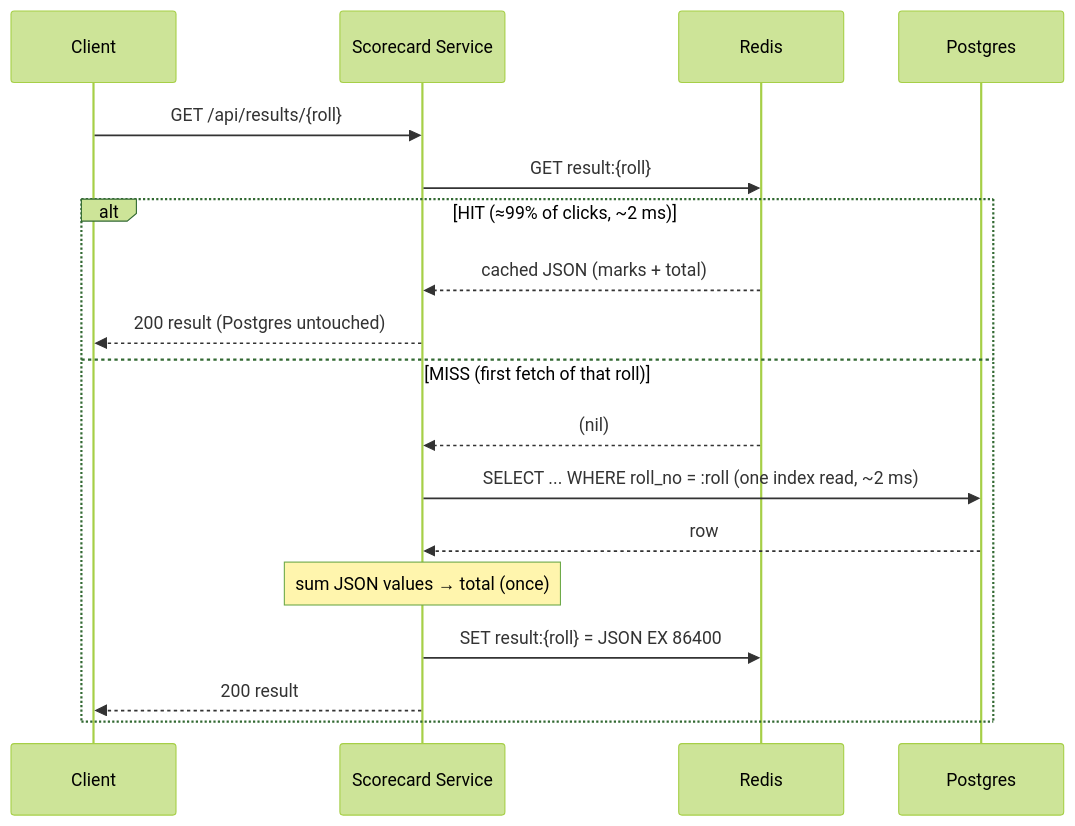
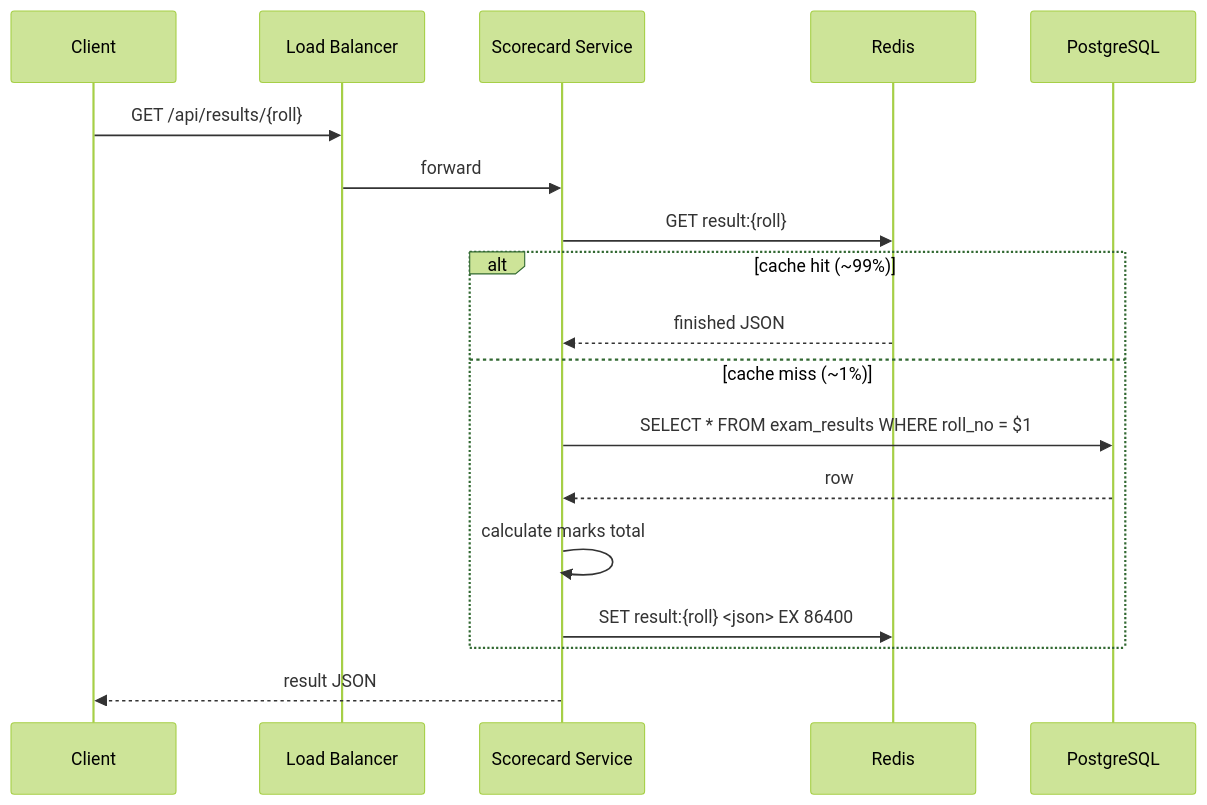
Before and after one commit to psquared-dev/java-questions: the second of 4 diagrams in system-design/new/02. exam result.md, drawn with Mermaid (forest theme). The commit also changed other lines of this file, not shown here.

````diff
--- a/system-design/new/02. exam result.md
+++ b/system-design/new/02. exam result.md
@@ -122,21 +219,20 @@
 ```mermaid
 sequenceDiagram
     participant C as Client
-    participant A as Scorecard Service
+    participant LB as Load Balancer
+    participant SC as Scorecard Service
     participant R as Redis
-    participant P as Postgres
-    C ->> A: GET /api/results/{roll}
-    A ->> R: GET result:{roll}
-    alt HIT (≈99% of clicks, ~2 ms)
-        R -->> A: cached JSON (marks + total)
-        A -->> C: 200 result (Postgres untouched)
-    else MISS (first fetch of that roll)
-        R -->> A: (nil)
-        A ->> P: SELECT ... WHERE roll_no = :roll (one index read, ~2 ms)
-        P -->> A: row
-        Note over A: sum JSON values → total (once)
-        A ->> R: SET result:{roll} = JSON EX 86400
-        A -->> C: 200 result
+    participant PG as PostgreSQL
+    C ->> LB: GET /api/results/{roll}
+    LB ->> SC: forward
+    SC ->> R: GET result:{roll}
+    alt cache hit (~99%)
+        R -->> SC: finished JSON
+    else cache miss (~1%)
+        SC ->> PG: SELECT * FROM exam_results WHERE roll_no = $1
+        PG -->> SC: row
+        SC ->> SC: calculate marks total
+        SC ->> R: SET result:{roll} <json> EX 86400
     end
-
+    SC -->> C: result JSON
 ```
````
